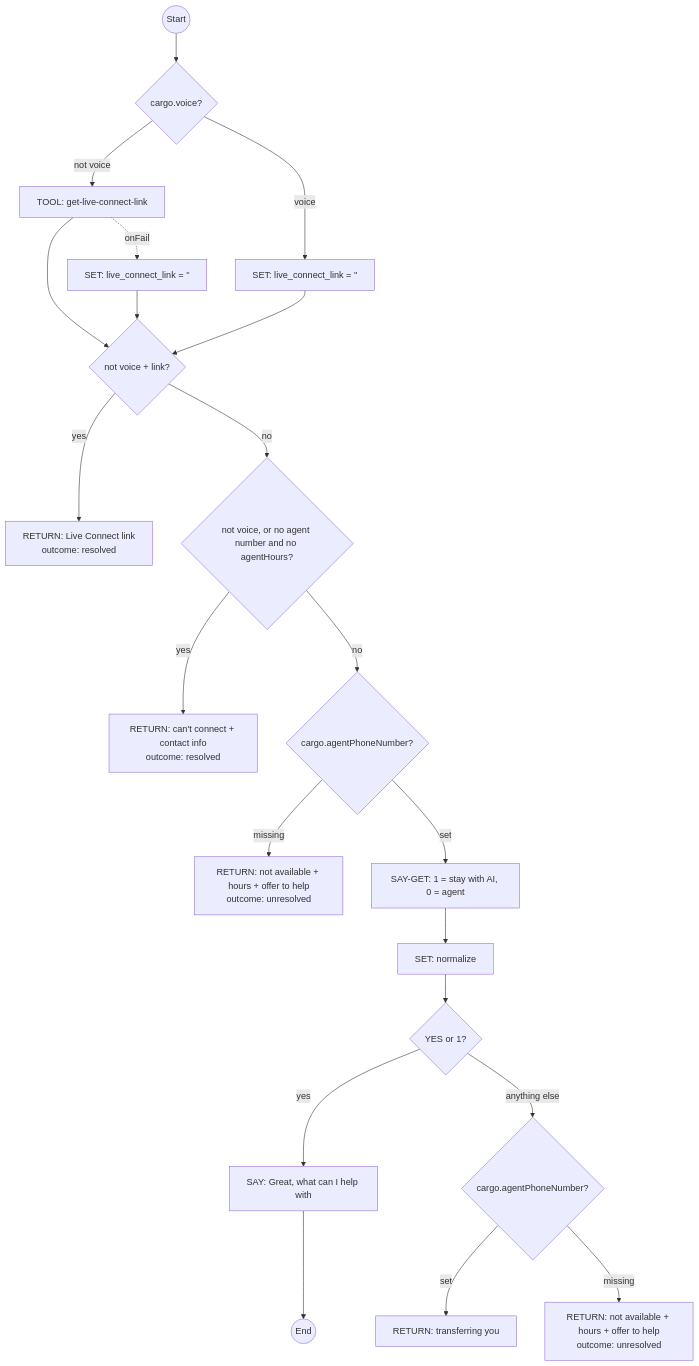
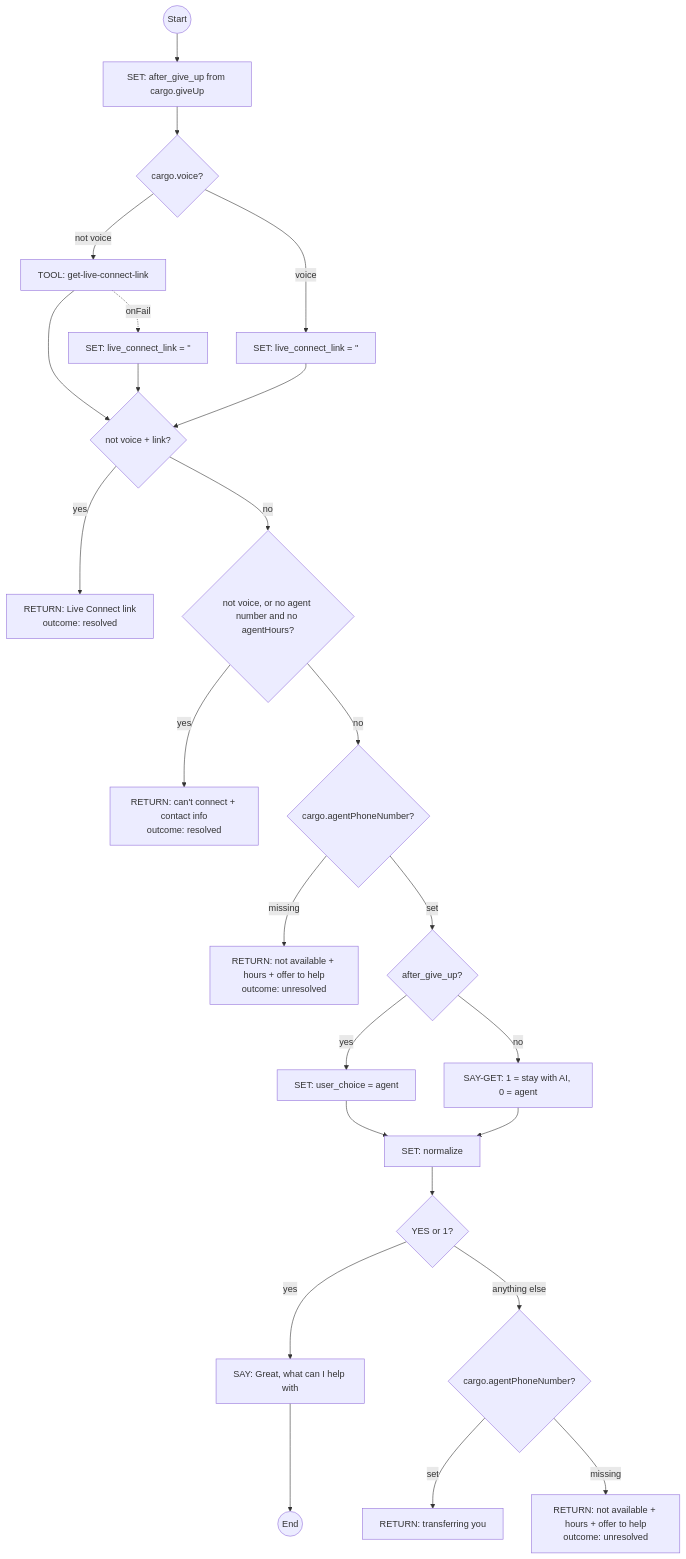
One commit to ronpinkas/jsfe changed diagram 16 of 22 in docs/system-flows.md. Above: the diagram before and after it, drawn with Mermaid. The commit also changed other lines of this file and 1 other file, not shown here.

Commit message:
flows and docs: synced from prod (AIDevelopment 014c1e9): give-up worker; live-agent-requested 1.7.0 (no offer after a give-up, keepSay on its RETURNs); ask-choice 1.9.0 expect / isOtherRequest; ask-email, ask-address, ask-field pass expect

````diff
--- a/docs/system-flows.md
+++ b/docs/system-flows.md
@@ -839,23 +843,27 @@
 ```mermaid
 graph TD
-    start((Start)) --> get_live_connect{cargo.voice?}
+    start((Start)) --> take_give_up[SET: after_give_up from cargo.giveUp]
+    take_give_up --> get_live_connect{cargo.voice?}
     get_live_connect -->|not voice| fetch_live_connect_link[TOOL: get-live-connect-link]
     get_live_connect -->|voice| phone_channel[SET: live_connect_link = '']
     fetch_live_connect_link -.->|onFail| live_connect_unavailable[SET: live_connect_link = '']
     fetch_live_connect_link --> offer_live_connect{not voice + link?}
     live_connect_unavailable --> offer_live_connect
     phone_channel --> offer_live_connect
     offer_live_connect -->|yes| say_live_connect["RETURN: Live Connect link<br/>outcome: resolved"]
     offer_live_connect -->|no| cannot_connect{not voice, or no agent number and no agentHours?}
     cannot_connect -->|yes| say_cannot_connect["RETURN: can't connect + contact info<br/>outcome: resolved"]
     cannot_connect -->|no| check_agent_available{cargo.agentPhoneNumber?}
     check_agent_available -->|missing| no_agent_available["RETURN: not available + hours + offer to help<br/>outcome: unresolved"]
-    check_agent_available -->|set| ask_user_choice[SAY-GET: 1 = stay with AI, 0 = agent]
+    check_agent_available -->|set| offer{after_give_up?}
+    offer -->|yes| no_offer[SET: user_choice = agent]
+    offer -->|no| ask_user_choice[SAY-GET: 1 = stay with AI, 0 = agent]
+    no_offer --> normalize_choice
     ask_user_choice --> normalize_choice[SET: normalize]
     normalize_choice --> handle_choice{YES or 1?}
     handle_choice -->|yes| continue_with_ai[SAY: Great, what can I help with]
     handle_choice -->|anything else| transfer{cargo.agentPhoneNumber?}
     transfer -->|set| confirm_transfer[RETURN: transferring you]
     transfer -->|missing| no_agents_available["RETURN: not available + hours + offer to help<br/>outcome: unresolved"]
     continue_with_ai --> stop((End))
 ```
````
